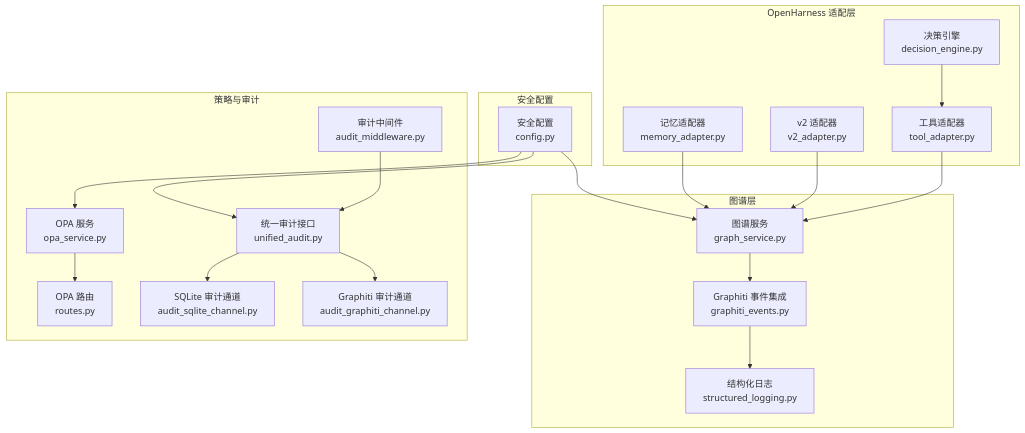
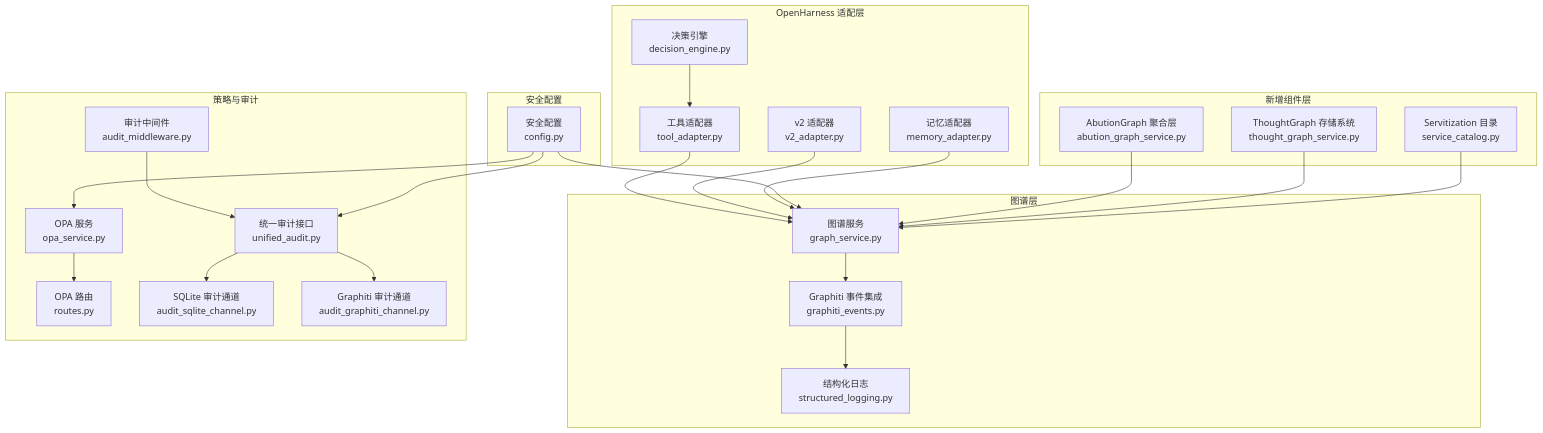
The first of 10 diagrams in .qoder/repowiki/zh/content/架构设计/分层架构设计/L1 基础设施层/L1 基础设施层.md (inier/ontology-graphiti), drawn with Mermaid before and after one commit. The commit also changed other lines of this file and 85 other files, not shown here.

````diff
--- a/.qoder/repowiki/zh/content/架构设计/分层架构设计/L1 基础设施层/L1 基础设施层.md
+++ b/.qoder/repowiki/zh/content/架构设计/分层架构设计/L1 基础设施层/L1 基础设施层.md
@@ -53,38 +77,46 @@
 ```mermaid
 graph TB
 subgraph "OpenHarness 适配层"
 OE["决策引擎<br/>decision_engine.py"]
 OA["工具适配器<br/>tool_adapter.py"]
 V2["v2 适配器<br/>v2_adapter.py"]
 MA["记忆适配器<br/>memory_adapter.py"]
 end
 subgraph "图谱层"
 GS["图谱服务<br/>graph_service.py"]
 GE["Graphiti 事件集成<br/>graphiti_events.py"]
 SL["结构化日志<br/>structured_logging.py"]
 end
 subgraph "策略与审计"
 OPAS["OPA 服务<br/>opa_service.py"]
 OPRS["OPA 路由<br/>routes.py"]
 UA["统一审计接口<br/>unified_audit.py"]
 AM["审计中间件<br/>audit_middleware.py"]
 ASQL["SQLite 审计通道<br/>audit_sqlite_channel.py"]
 AG["Graphiti 审计通道<br/>audit_graphiti_channel.py"]
 end
 subgraph "安全配置"
 CFG["安全配置<br/>config.py"]
 end
+subgraph "新增组件层"
+AB["AbutionGraph 聚合层<br/>abution_graph_service.py"]
+TG["ThoughtGraph 存储系统<br/>thought_graph_service.py"]
+SC["Servitization 目录<br/>service_catalog.py"]
+end
 OE --> OA
 OA --> GS
 V2 --> GS
 MA --> GS
 GS --> GE
 GE --> SL
 OPAS --> OPRS
 UA --> ASQL
 UA --> AG
 AM --> UA
 CFG --> GS
 CFG --> OPAS
 CFG --> UA
+AB --> GS
+TG --> GS
+SC --> GS
 ```
````
